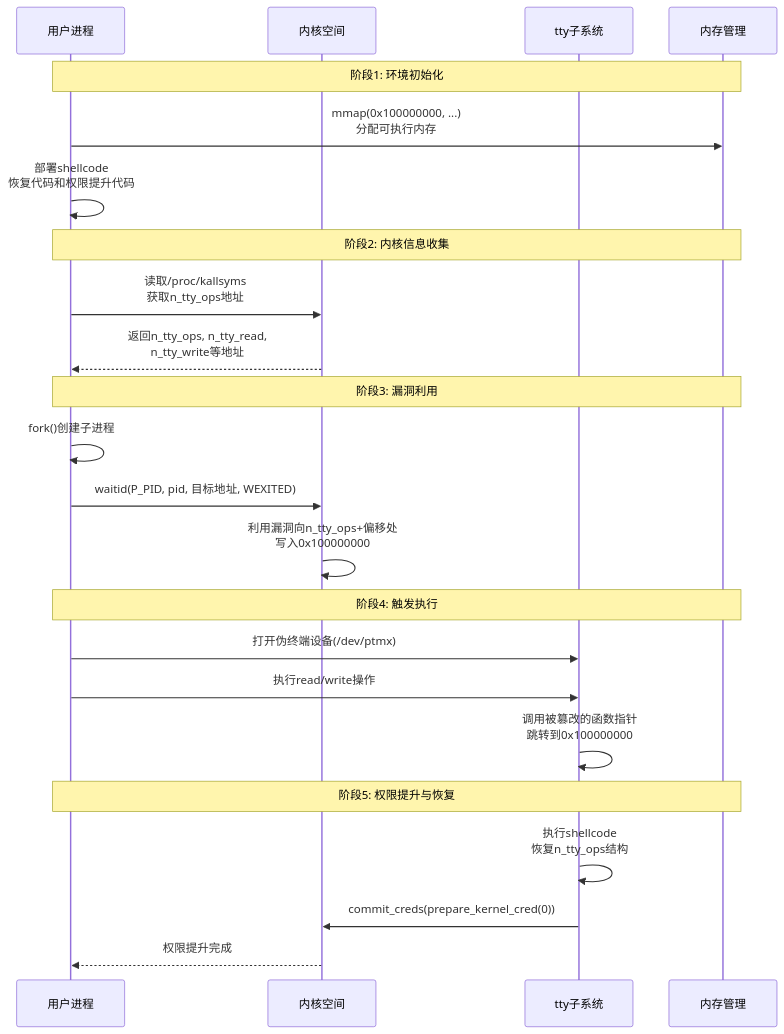
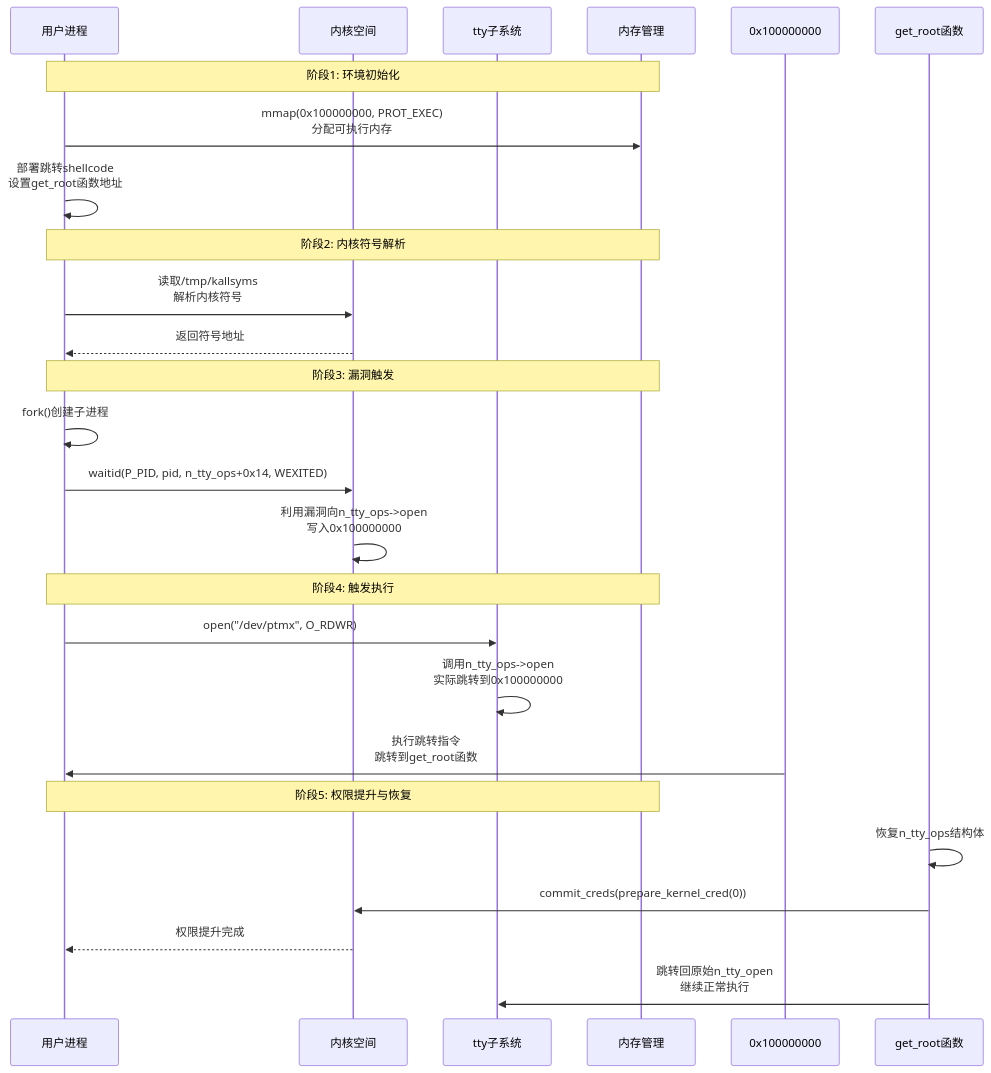
Before and after one commit to BinRacer/BinRacer.github.io: the second of 3 diagrams in _posts/2026-04-11-KernelExploit-CVE-2017-5123.md, drawn with Mermaid. The commit also changed other lines of this file and 1 other file, not shown here.

Commit message:
add 【Kernel Exploit】CVE-2017-5123漏洞分析

````diff
--- a/_posts/2026-04-11-KernelExploit-CVE-2017-5123.md
+++ b/_posts/2026-04-11-KernelExploit-CVE-2017-5123.md
@@ -490,30 +467,31 @@
 ```mermaid
 sequenceDiagram
     participant 用户进程
     participant 内核空间
     participant tty子系统
     participant 内存管理
 
     Note over 用户进程,内存管理: 阶段1: 环境初始化
-    用户进程->>内存管理: mmap(0x100000000, ...)<br>分配可执行内存
-    用户进程->>用户进程: 部署shellcode<br>恢复代码和权限提升代码
+    用户进程->>内存管理: mmap(0x100000000, PROT_EXEC)<br>分配可执行内存
+    用户进程->>用户进程: 部署跳转shellcode<br>设置get_root函数地址
 
-    Note over 用户进程,内存管理: 阶段2: 内核信息收集
-    用户进程->>内核空间: 读取/proc/kallsyms<br>获取n_tty_ops地址
-    内核空间-->>用户进程: 返回n_tty_ops, n_tty_read,<br>n_tty_write等地址
+    Note over 用户进程,内存管理: 阶段2: 内核符号解析
+    用户进程->>内核空间: 读取/tmp/kallsyms<br>解析内核符号
+    内核空间-->>用户进程: 返回符号地址
 
-    Note over 用户进程,内存管理: 阶段3: 漏洞利用
+    Note over 用户进程,内存管理: 阶段3: 漏洞触发
     用户进程->>用户进程: fork()创建子进程
-    用户进程->>内核空间: waitid(P_PID, pid, 目标地址, WEXITED)
-    内核空间->>内核空间: 利用漏洞向n_tty_ops+偏移处<br>写入0x100000000
+    用户进程->>内核空间: waitid(P_PID, pid, n_tty_ops+0x14, WEXITED)
+    内核空间->>内核空间: 利用漏洞向n_tty_ops->open<br>写入0x100000000
 
     Note over 用户进程,内存管理: 阶段4: 触发执行
-    用户进程->>tty子系统: 打开伪终端设备(/dev/ptmx)
-    用户进程->>tty子系统: 执行read/write操作
-    tty子系统->>tty子系统: 调用被篡改的函数指针<br>跳转到0x100000000
+    用户进程->>tty子系统: open("/dev/ptmx", O_RDWR)
+    tty子系统->>tty子系统: 调用n_tty_ops->open<br>实际跳转到0x100000000
+    0x100000000->>用户进程: 执行跳转指令<br>跳转到get_root函数
 
     Note over 用户进程,内存管理: 阶段5: 权限提升与恢复
-    tty子系统->>tty子系统: 执行shellcode<br>恢复n_tty_ops结构
-    tty子系统->>内核空间: commit_creds(prepare_kernel_cred(0))
+    get_root函数->>get_root函数: 恢复n_tty_ops结构体
+    get_root函数->>内核空间: commit_creds(prepare_kernel_cred(0))
     内核空间-->>用户进程: 权限提升完成
+    get_root函数->>tty子系统: 跳转回原始n_tty_open<br>继续正常执行
 ```
````
